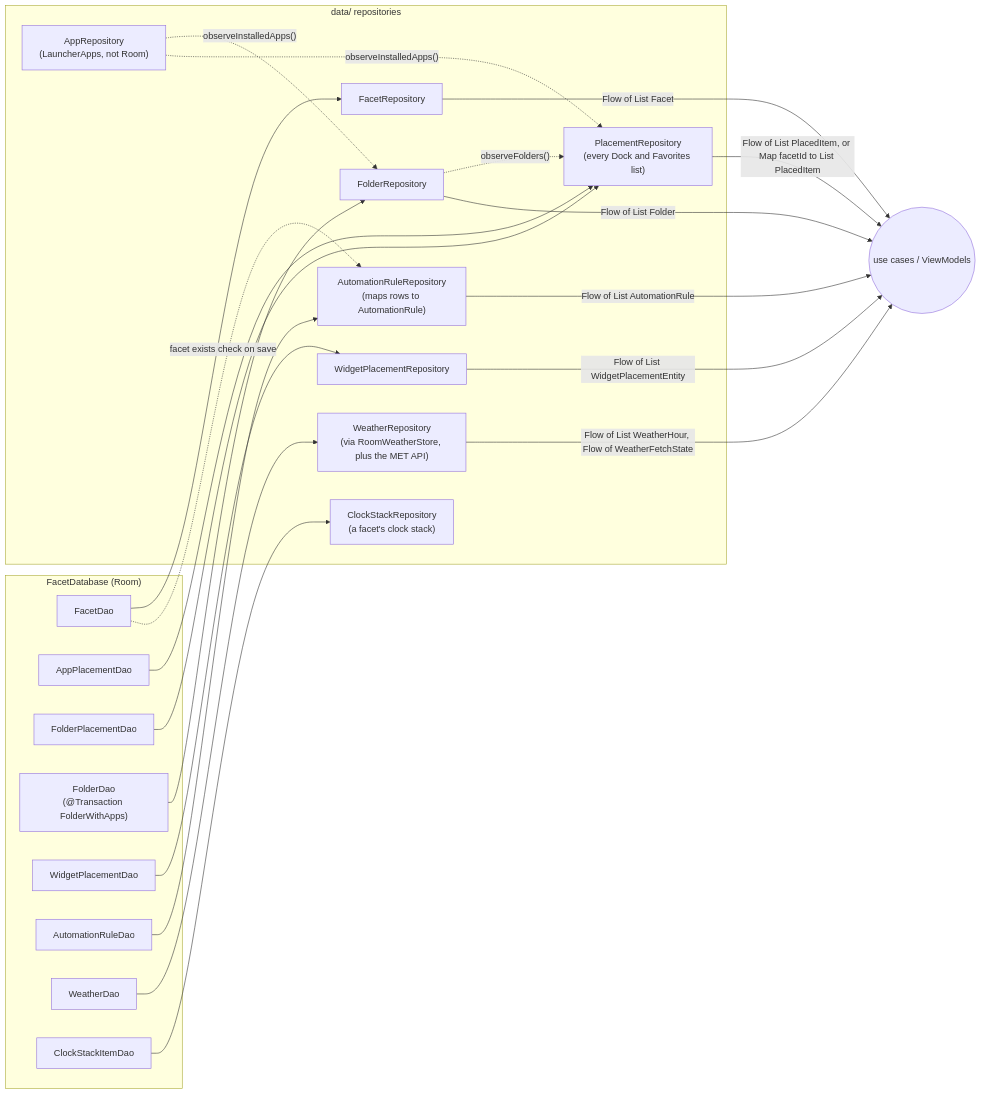
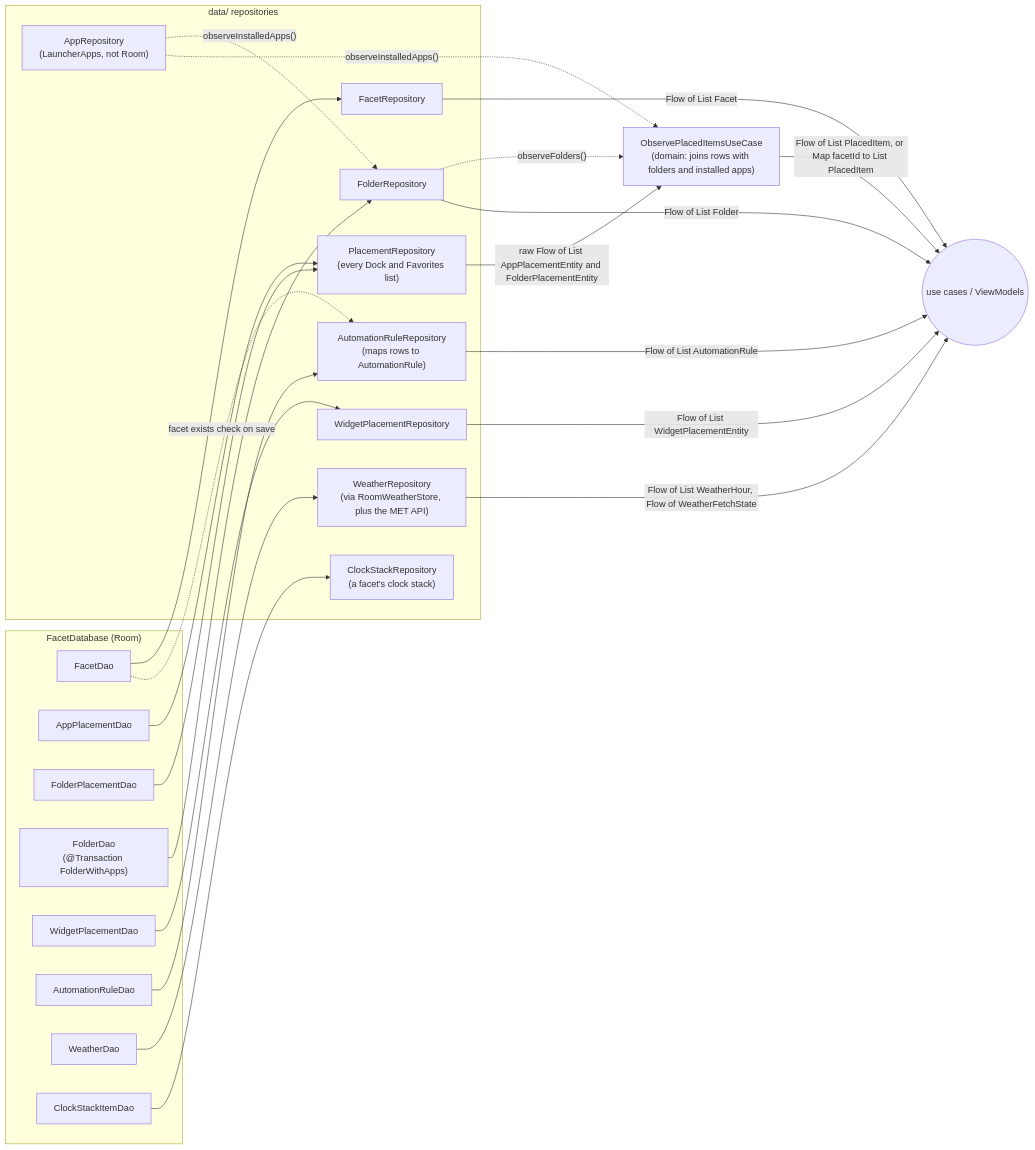
Before and after one commit to rohitganjam/facet-launcher: the second of 3 diagrams in docs/architecture/02-persistence-room.md, drawn with Mermaid. The commit also changed other lines of this file and 38 other files, not shown here.

````diff
--- a/docs/architecture/02-persistence-room.md
+++ b/docs/architecture/02-persistence-room.md
@@ -197,45 +221,46 @@
 ```mermaid
 flowchart LR
     subgraph DB["FacetDatabase (Room)"]
         FD[FacetDao]
         APD[AppPlacementDao]
         FPD[FolderPlacementDao]
         FOD["FolderDao\n(@Transaction FolderWithApps)"]
         WPD[WidgetPlacementDao]
         ARD[AutomationRuleDao]
         WTD[WeatherDao]
         CSD[ClockStackItemDao]
     end
 
     subgraph REPO["data/ repositories"]
         FR[FacetRepository]
         PR["PlacementRepository\n(every Dock and Favorites list)"]
         FOR[FolderRepository]
         WPR[WidgetPlacementRepository]
         ARR["AutomationRuleRepository\n(maps rows to AutomationRule)"]
         WTR["WeatherRepository\n(via RoomWeatherStore, plus the MET API)"]
         CSR["ClockStackRepository\n(a facet's clock stack)"]
         AR["AppRepository\n(LauncherApps, not Room)"]
     end
 
     FD --> FR
     APD --> PR
     FPD --> PR
     FOD --> FOR
     WPD --> WPR
     ARD --> ARR
     WTD --> WTR
     CSD --> CSR
     FD -. "facet exists check on save" .-> ARR
 
     AR -. "observeInstalledApps()" .-> FOR
-    AR -. "observeInstalledApps()" .-> PR
-    FOR -. "observeFolders()" .-> PR
 
     FR -- "Flow of List Facet" --> OUT((use cases / ViewModels))
-    PR -- "Flow of List PlacedItem, or Map facetId to List PlacedItem" --> OUT
+    PR -- "raw Flow of List AppPlacementEntity and FolderPlacementEntity" --> OPI["ObservePlacedItemsUseCase\n(domain: joins rows with folders and installed apps)"]
+    FOR -. "observeFolders()" .-> OPI
+    AR -. "observeInstalledApps()" .-> OPI
+    OPI -- "Flow of List PlacedItem, or Map facetId to List PlacedItem" --> OUT
     FOR -- "Flow of List Folder" --> OUT
     WPR -- "Flow of List WidgetPlacementEntity" --> OUT
     ARR -- "Flow of List AutomationRule" --> OUT
     WTR -- "Flow of List WeatherHour, Flow of WeatherFetchState" --> OUT
 ```
````
